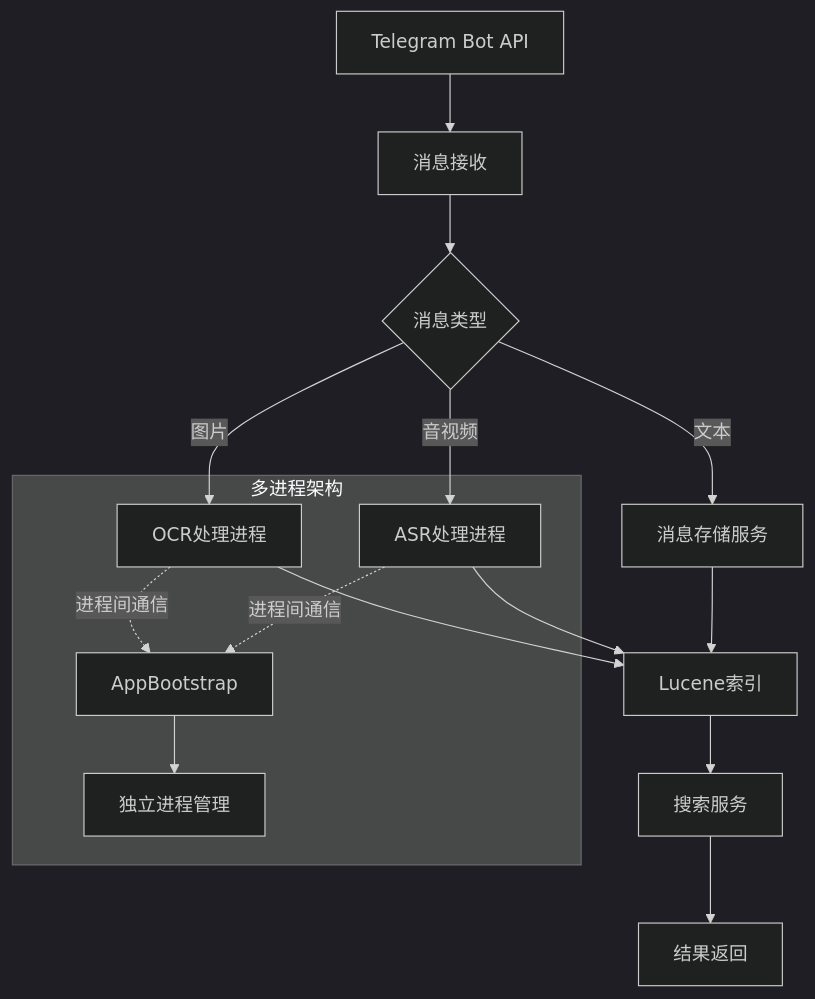
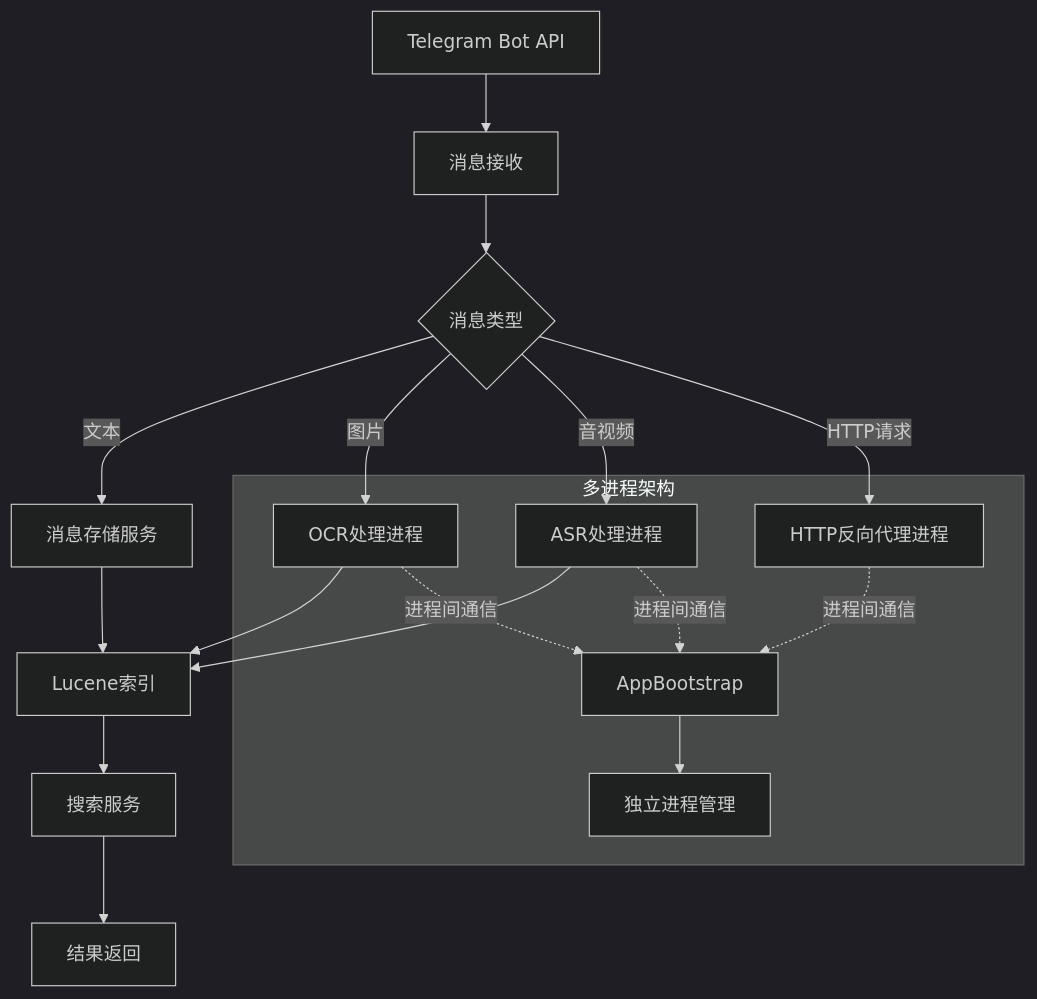
The diagram in memory-bank/systemPatterns.md (ModerRAS/TelegramSearchBot), drawn with Mermaid (dark theme) before and after one commit. The commit also changed other lines of this file and 1 other file, not shown here.

````diff
--- a/memory-bank/systemPatterns.md
+++ b/memory-bank/systemPatterns.md
@@ -4,19 +4,21 @@
 ```mermaid
 graph TD
     A[Telegram Bot API] --> B[消息接收]
     B --> C{消息类型}
     C -->|文本| D[消息存储服务]
     C -->|图片| E[OCR处理进程]
     C -->|音视频| F[ASR处理进程]
+    C -->|HTTP请求| J[HTTP反向代理进程]
     D --> G[Lucene索引]
     E --> G
     F --> G
     G --> H[搜索服务]
     H --> I[结果返回]
     
     subgraph 多进程架构
         E -.->|进程间通信| M[AppBootstrap]
         F -.->|进程间通信| M
+        J -.->|进程间通信| M
         M --> N[独立进程管理]
     end
 ```
````
